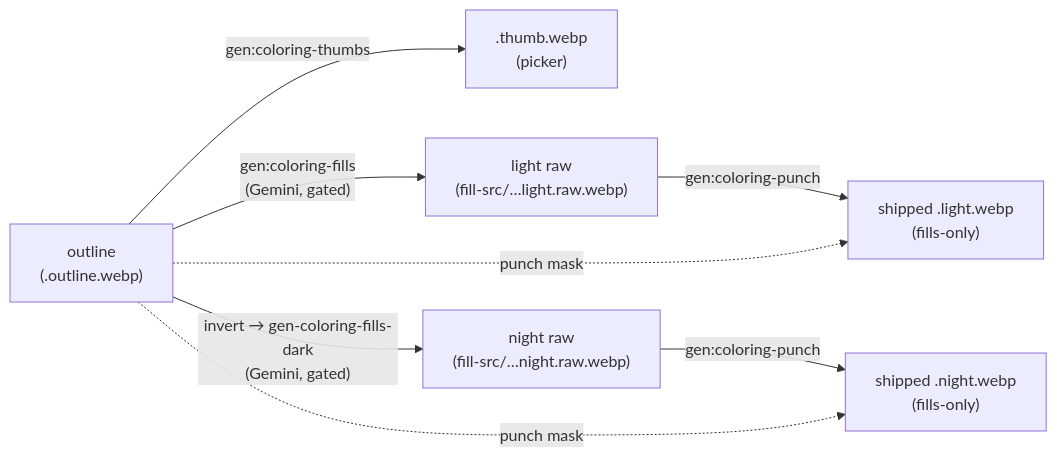
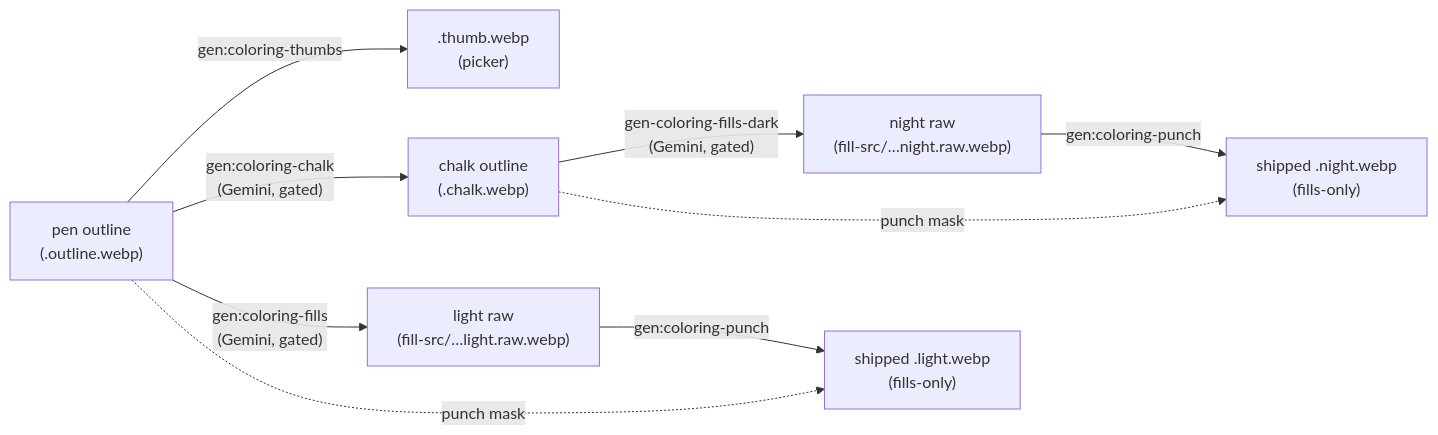
One commit to KyleMit/Splotch changed the diagram in tools/asset-gen/pipeline.md. Above: the diagram before and after it, drawn with Mermaid. The commit also changed other lines of this file and 17 other files, not shown here.

````diff
--- a/tools/asset-gen/pipeline.md
+++ b/tools/asset-gen/pipeline.md
@@ -18,10 +18,11 @@
 ```mermaid
 flowchart LR
-    O["outline<br/>(.outline.webp)"] -->|gen:coloring-thumbs| T[".thumb.webp<br/>(picker)"]
+    O["pen outline<br/>(.outline.webp)"] -->|gen:coloring-thumbs| T[".thumb.webp<br/>(picker)"]
+    O -->|"gen:coloring-chalk<br/>(Gemini, gated)"| C["chalk outline<br/>(.chalk.webp)"]
     O -->|"gen:coloring-fills<br/>(Gemini, gated)"| LR2["light raw<br/>(fill-src/…light.raw.webp)"]
-    O -->|"invert → gen-coloring-fills-dark<br/>(Gemini, gated)"| NR["night raw<br/>(fill-src/…night.raw.webp)"]
+    C -->|"gen-coloring-fills-dark<br/>(Gemini, gated)"| NR["night raw<br/>(fill-src/…night.raw.webp)"]
     LR2 -->|gen:coloring-punch| LS["shipped .light.webp<br/>(fills-only)"]
     NR -->|gen:coloring-punch| NS["shipped .night.webp<br/>(fills-only)"]
     O -.->|"punch mask"| LS
-    O -.->|"punch mask"| NS
+    C -.->|"punch mask"| NS
 ```
````
